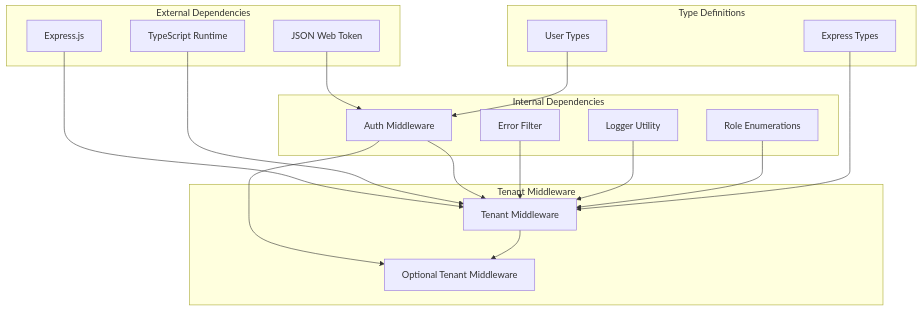
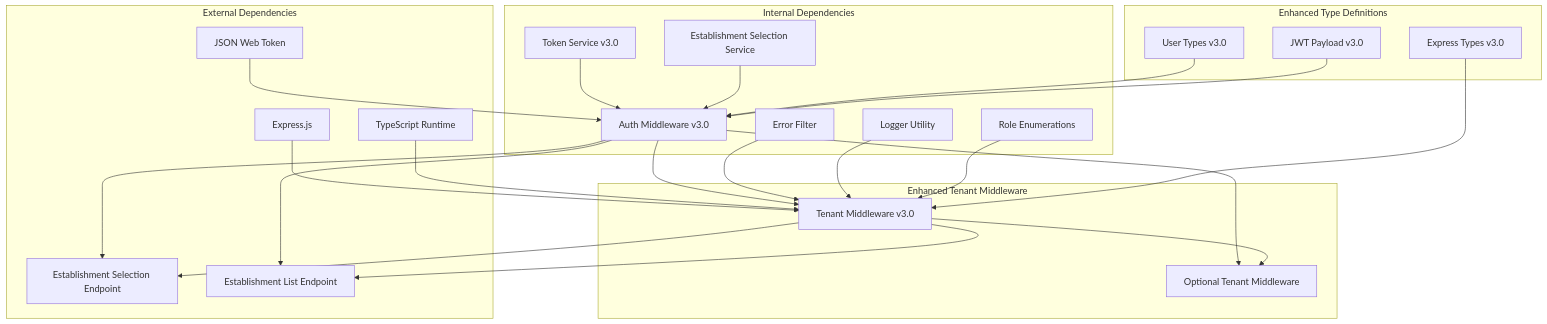
One commit to franckylab/eLISAschool changed the fifth of 6 diagrams in .qoder/repowiki/en/content/Modules & Features/Administrative Modules/Security & Governance/Tenant Middleware.md. Above: the diagram before and after it, drawn with Mermaid. The commit also changed other lines of this file and 281 other files, not shown here.

First line of the commit message:
fix(auth): corriger le token incomplet dans EtablissementSwitcher

````diff
--- a/.qoder/repowiki/en/content/Modules & Features/Administrative Modules/Security & Governance/Tenant Middleware.md
+++ b/.qoder/repowiki/en/content/Modules & Features/Administrative Modules/Security & Governance/Tenant Middleware.md
@@ -283,33 +394,51 @@
 ```mermaid
 graph TB
 subgraph "External Dependencies"
 EXPRESS[Express.js]
 JWT[JSON Web Token]
 TYPESCRIPT[TypeScript Runtime]
+ENDPOINT[Establishment Selection Endpoint]
+ENDPOINT2[Establishment List Endpoint]
 end
 subgraph "Internal Dependencies"
-AUTH_MIDDLEWARE[Auth Middleware]
+AUTH_MIDDLEWARE[Auth Middleware v3.0]
 ERROR_FILTER[Error Filter]
 LOGGER_UTIL[Logger Utility]
 ROLE_ENUMS[Role Enumerations]
+TOKEN_SERVICE[Token Service v3.0]
+ETABLISSEMENT_SELECTION[Establishment Selection Service]
+ENDPOINT[Establishment Selection Endpoint]
+ENDPOINT2[Establishment List Endpoint]
 end
-subgraph "Tenant Middleware"
-TENANT_MW[Tenant Middleware]
+subgraph "Enhanced Tenant Middleware"
+TENANT_MW[Tenant Middleware v3.0]
 OPTIONAL_TENANT[Optional Tenant Middleware]
+ENDPOINT[Establishment Selection Endpoint]
+ENDPOINT2[Establishment List Endpoint]
 end
-subgraph "Type Definitions"
-EXPRESS_TYPES[Express Types]
-USER_TYPES[User Types]
+subgraph "Enhanced Type Definitions"
+EXPRESS_TYPES[Express Types v3.0]
+USER_TYPES[User Types v3.0]
+JWT_PAYLOAD[JWT Payload v3.0]
+ENDPOINT[Establishment Selection Endpoint]
+ENDPOINT2[Establishment List Endpoint]
 end
 EXPRESS --> TENANT_MW
 JWT --> AUTH_MIDDLEWARE
 TYPESCRIPT --> TENANT_MW
 AUTH_MIDDLEWARE --> TENANT_MW
 ERROR_FILTER --> TENANT_MW
 LOGGER_UTIL --> TENANT_MW
 ROLE_ENUMS --> TENANT_MW
+TOKEN_SERVICE --> AUTH_MIDDLEWARE
+ETABLISSEMENT_SELECTION --> AUTH_MIDDLEWARE
+AUTH_MIDDLEWARE --> OPTIONAL_TENANT
+TENANT_MW --> OPTIONAL_TENANT
+TENANT_MW --> ENDPOINT
+TENANT_MW --> ENDPOINT2
+AUTH_MIDDLEWARE --> ENDPOINT
+AUTH_MIDDLEWARE --> ENDPOINT2
 EXPRESS_TYPES --> TENANT_MW
 USER_TYPES --> AUTH_MIDDLEWARE
-AUTH_MIDDLEWARE --> OPTIONAL_TENANT
-TENANT_MW --> OPTIONAL_TENANT
+JWT_PAYLOAD --> AUTH_MIDDLEWARE
 ```
````
